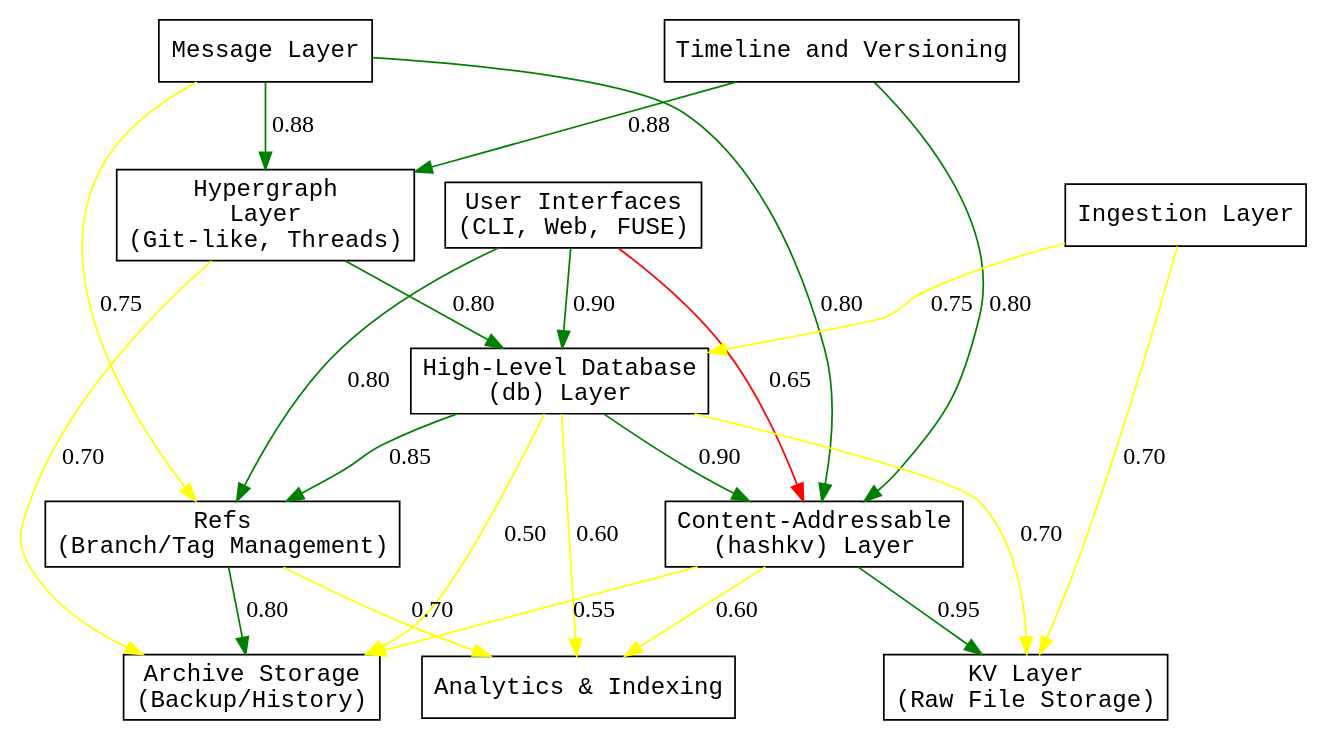
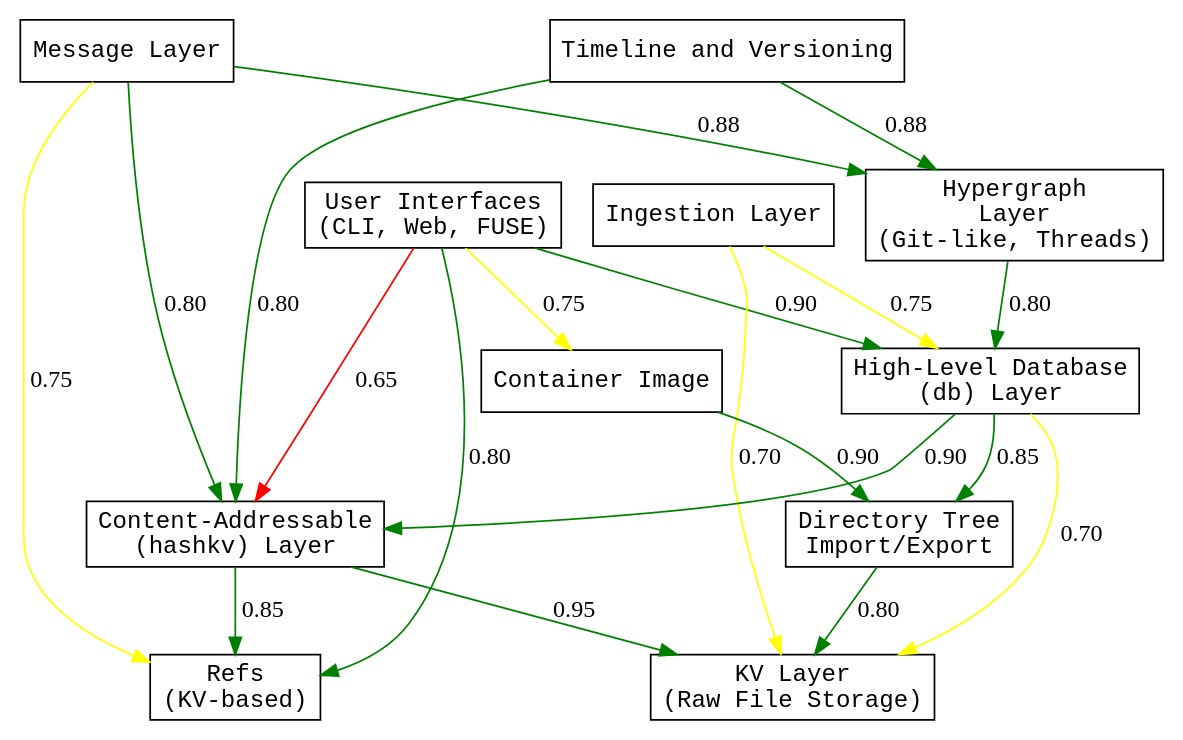
The diagram in x/layers.dot (stevegt/promisebase), drawn with Graphviz before and after one commit. The commit also changed 2 other files, not shown here.

Commit message:
revise layers.dot
Imagine more alternative designs for the layering of the system. The
result should look like a graph with multiple roots and multiple
leaves.  Color each edge by the estimated probability that the
combination of layers will work well together, with green for the most
promising combinations and red for the least promising combinations.

Something's wrong with refs -- it should be referring to the kv or
hashkv layer.

Remove archive layer and analytics layer -- they are not part of
the core system.

Add some sort of "directory tree import/export" layer.  Add a
"container image" layer that points to it.

```diff
--- a/x/layers.dot
+++ b/x/layers.dot
@@ -1,52 +1,50 @@
 digraph Layers {
   rankdir=TB;
   node [shape=box, style=filled, fillcolor=white,
   fontname="monospace"];
 
   UI [label="User Interfaces\n(CLI, Web, FUSE)"];
   Message [label="Message Layer"];
   Timeline [label="Timeline and Versioning"];
   Ingest [label="Ingestion Layer"];
   HGraph [label="Hypergraph\nLayer\n(Git-like, Threads)"];
   DB [label="High-Level Database\n(db) Layer"];
-  Refs [label="Refs\n(Branch/Tag Management)"];
+  Refs [label="Refs\n(KV-based)"];
   HashKV [label="Content-Addressable\n(hashkv) Layer"];
   KV [label="KV Layer\n(Raw File Storage)"];
-  Archive [label="Archive Storage\n(Backup/History)"];
-  Analytics [label="Analytics & Indexing"];
+  DirTree [label="Directory Tree\nImport/Export"];
+  ContainerImage [label="Container Image"];
 
-  // Multiple roots: UI, Message, Timeline, and Ingest have
-  // no incoming edges.
+  // Multiple roots with no incoming edges.
   UI -> DB [label="0.90", color="green"];
   Message -> HGraph [label="0.88", color="green"];
   Timeline -> HGraph [label="0.88", color="green"];
   Ingest -> DB [label="0.75", color="yellow"];
   HGraph -> DB [label="0.80", color="green"];
 
   // Alternative connections from roots.
   UI -> HashKV [label="0.65", color="red"];
   Message -> HashKV [label="0.80", color="green"];
   Timeline -> HashKV [label="0.80", color="green"];
   Ingest -> KV [label="0.70", color="yellow"];
-  HGraph -> Archive [label="0.70", color="yellow"];
 
-  // Ref layer integration.
-  DB -> Refs [label="0.85", color="green"];
+  // Ref integration via storage backends.
+  HashKV -> Refs [label="0.85", color="green"];
   UI -> Refs [label="0.80", color="green"];
   Message -> Refs [label="0.75", color="yellow"];
 
   // Primary flow from DB downwards.
   DB -> HashKV [label="0.90", color="green"];
   DB -> KV [label="0.70", color="yellow"];
-  DB -> Archive [label="0.50", color="yellow"];
-  DB -> Analytics [label="0.60", color="yellow"];
 
-  // Flow from Refs to other layers.
-  Refs -> Archive [label="0.80", color="green"];
-  Refs -> Analytics [label="0.70", color="yellow"];
+  // Directory tree import/export module.
+  DB -> DirTree [label="0.85", color="green"];
+  DirTree -> KV [label="0.80", color="green"];
 
-  // From HashKV to storage backends.
+  // Container image layer pointing to directory tree.
+  UI -> ContainerImage [label="0.75", color="yellow"];
+  ContainerImage -> DirTree [label="0.90", color="green"];
+
+  // Flow from hashkv to KV storage.
   HashKV -> KV [label="0.95", color="green"];
-  HashKV -> Archive [label="0.55", color="yellow"];
-  HashKV -> Analytics [label="0.60", color="yellow"];
 }
```
